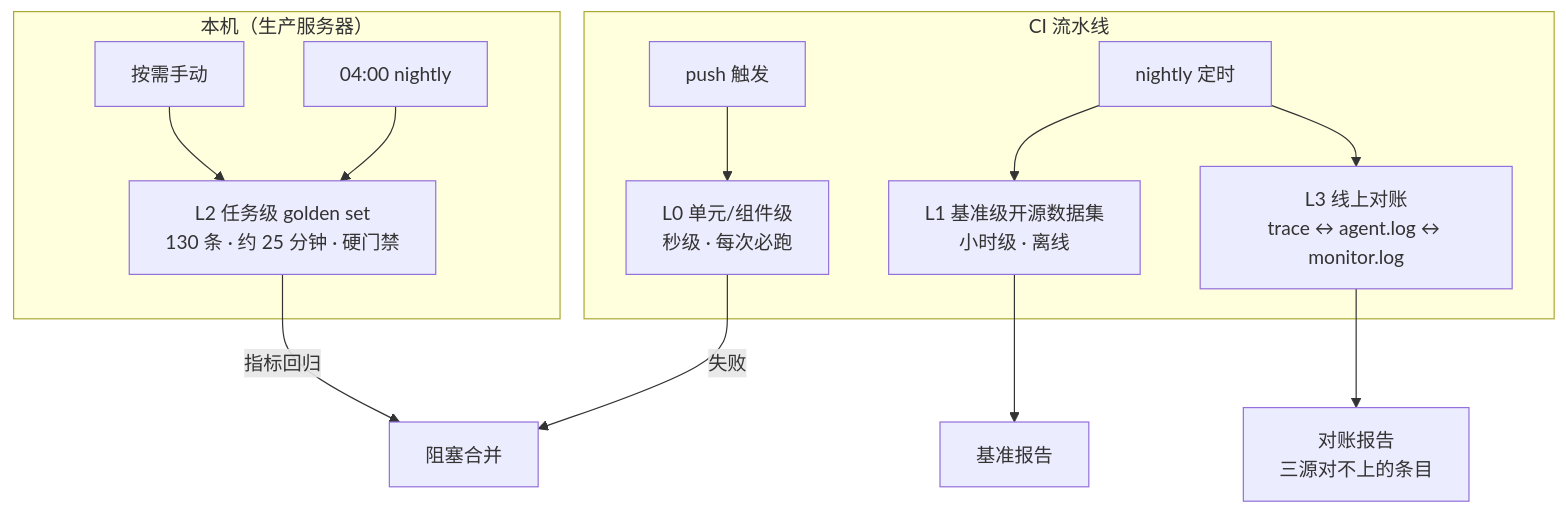
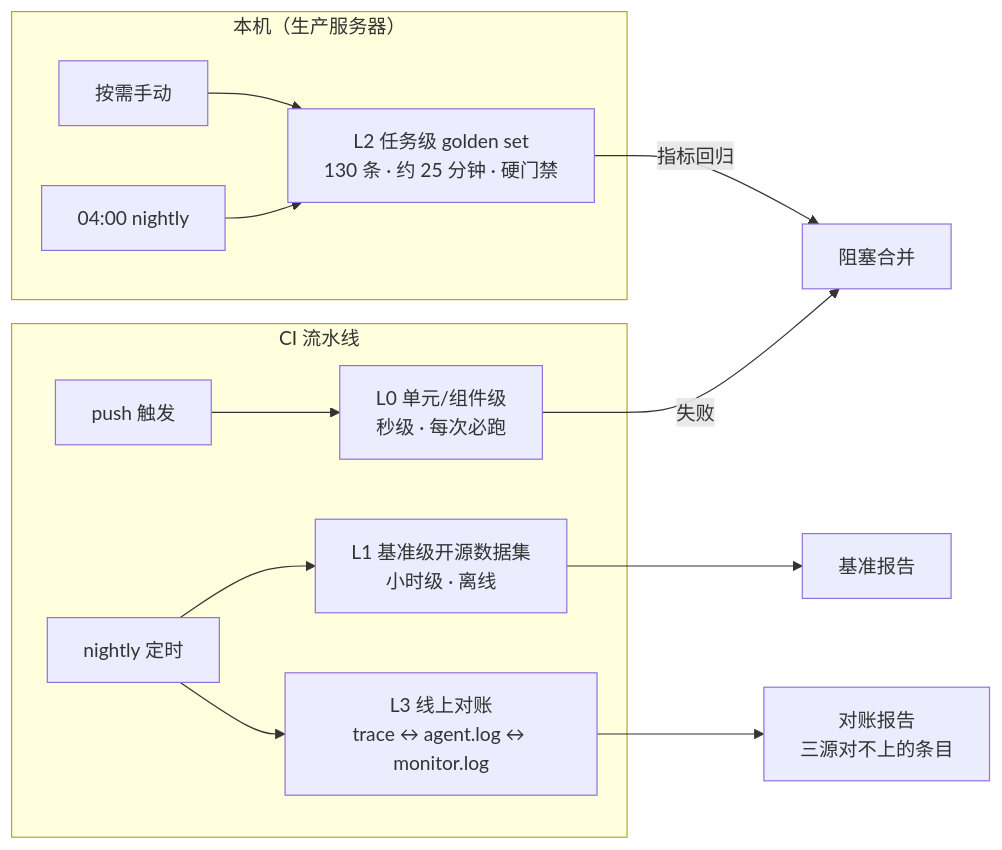
Before and after one commit to BigLeopardCat/saudade-blog-agent: the first of 2 diagrams in docs/eval-observability.md, drawn with Mermaid. The commit also changed 2 other files, not shown here.

Commit message:
docs: 架构图改左右排版、成对往返边并为双向箭头
- 三张图两种毛病：成对的往返被画成两条反向边（dagre 只能让它们折返），
  以及方向不对（流水线用了上下排）。
- README.md 的 agent 节点图（planner ⇄ execute → model → gate）：`flowchart TB`
  改 `flowchart LR`；「调用清单 / 读取工具帧，继续·修正·收尾」与「调用 /
  工具帧 + 回执」两对往返各并为一条 `<-->`。
- docs/agent-architecture.md 的部署图保留 TB（它是进程栈不是流水线），
  只把 UI ⇄ nginx、nginx ⇄ Rust、Rust ⇄ Agent 三对往返各并成一条，
  工具回灌那条 HTTPS api/public 并进 Rust ⇄ Agent 的标注。
- docs/eval-observability.md 的四层评测图由 TB 改 LR：原图 1009×309 宽过正文列
  会被整体缩小，LR 后 671×547，缩得更少。
- 判据是当场渲染量出来的（仓里的 mermaid 起真浏览器，量每条 `flowchart-link`
  的路径长 ÷ 两端直线距离，改动前后两臂在同一次运行里渲染）：
  README 1.238 → 1.072、最绕的一条 1.688 → 1.194；部署图 1.144 → 1.025、
  1.821 → 1.093。另外三张 TB 图实测已是 1.00–1.02（几乎全直），没动——
  它们改成 LR 只会变宽，不会变直。
- 一处出处挪动：README 里「工具帧 + 回执」原画成 工具层 → planner，
  现挂在 `execute ⇄ 工具层` 上——execute 才是真正调工具、收 ToolMessage 的节点，
  帧再到 planner 由既有的 `execute → planner` 那条边承担。语义没少，出处挪一格。

````diff
--- a/docs/eval-observability.md
+++ b/docs/eval-observability.md
@@ -230,16 +230,16 @@
 ```mermaid
-flowchart TB
+flowchart LR
     subgraph CI[CI 流水线]
         P0[push 触发] --> L0[L0 单元/组件级<br/>秒级 · 每次必跑]
         N[nightly 定时] --> L1[L1 基准级开源数据集<br/>小时级 · 离线]
         N --> L3[L3 线上对账<br/>trace ↔ agent.log ↔ monitor.log]
     end
     subgraph LOCAL[本机（生产服务器）]
         P1[按需手动] --> L2[L2 任务级 golden set<br/>130 条 · 约 25 分钟 · 硬门禁]
         N2[04:00 nightly] --> L2
     end
     L0 -->|失败| BLOCK[阻塞合并]
     L2 -->|指标回归| BLOCK
     L1 --> R1[基准报告]
     L3 --> R2[对账报告<br/>三源对不上的条目]
 ```
````
